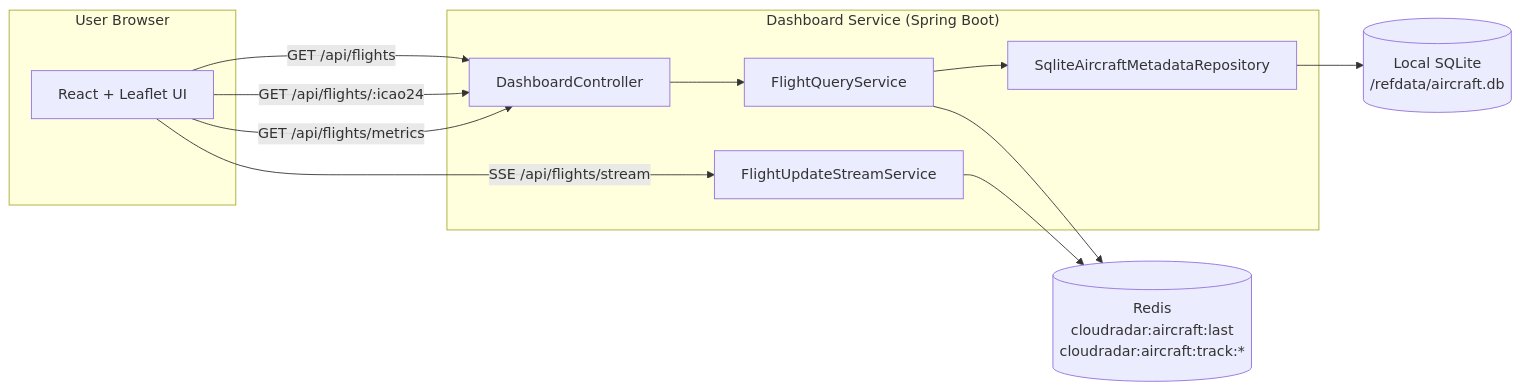
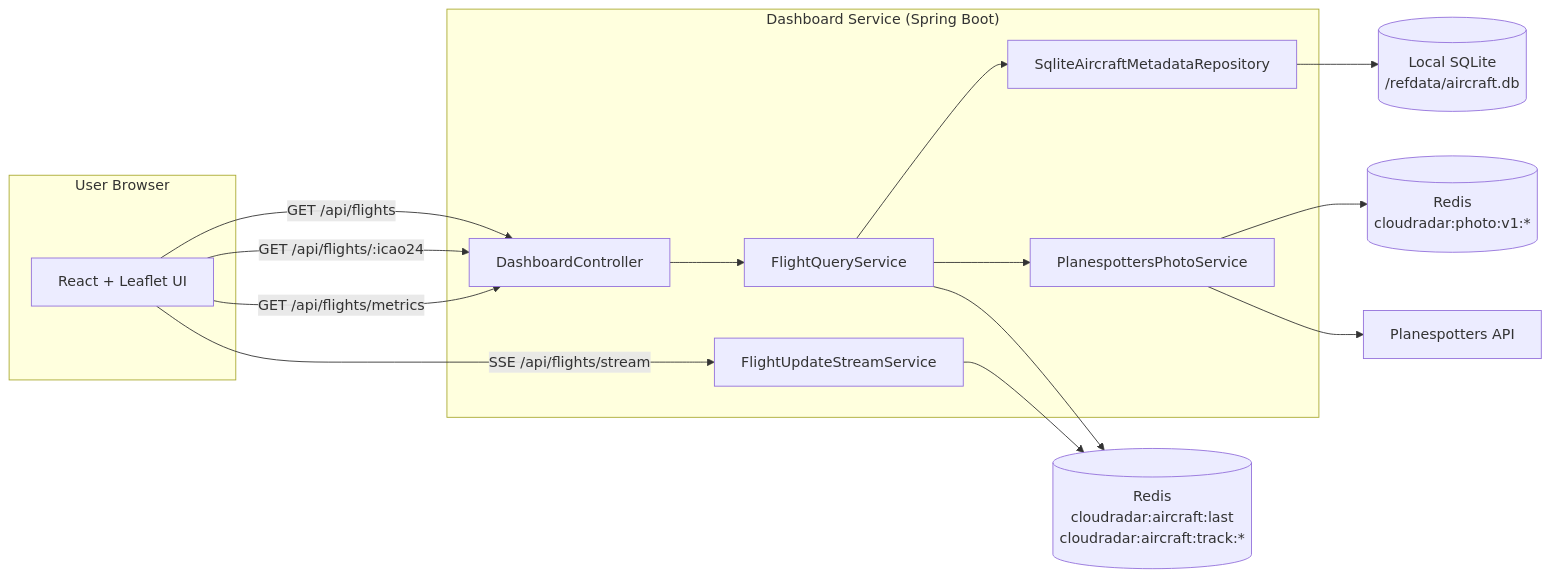
Before and after one commit to ClementV78/CloudRadar: the second of 4 diagrams in docs/architecture/frontend-dashboard-technical-architecture.md, drawn with Mermaid. The commit also changed other lines of this file and 17 other files, not shown here.

First line of the commit message:
feat(app): add planespotters photo cache in detail flow

````diff
--- a/docs/architecture/frontend-dashboard-technical-architecture.md
+++ b/docs/architecture/frontend-dashboard-technical-architecture.md
@@ -40,27 +40,33 @@
 ```mermaid
 flowchart LR
   subgraph Browser["User Browser"]
     UI["React + Leaflet UI"]
   end
 
   subgraph API["Dashboard Service (Spring Boot)"]
     CTRL["DashboardController"]
     QUERY["FlightQueryService"]
     STREAM["FlightUpdateStreamService"]
     META["SqliteAircraftMetadataRepository"]
+    PHOTO["PlanespottersPhotoService"]
   end
 
   REDIS[("Redis\ncloudradar:aircraft:last\ncloudradar:aircraft:track:*")]
+  REDIS_PHOTO[("Redis\ncloudradar:photo:v1:*")]
   SQLITE[("Local SQLite\n/refdata/aircraft.db")]
+  PS["Planespotters API"]
 
   UI -->|"GET /api/flights"| CTRL
   UI -->|"GET /api/flights/:icao24"| CTRL
   UI -->|"GET /api/flights/metrics"| CTRL
   UI -->|"SSE /api/flights/stream"| STREAM
 
   CTRL --> QUERY
   QUERY --> REDIS
   QUERY --> META
   META --> SQLITE
+  QUERY --> PHOTO
+  PHOTO --> REDIS_PHOTO
+  PHOTO --> PS
   STREAM --> REDIS
 ```
````
